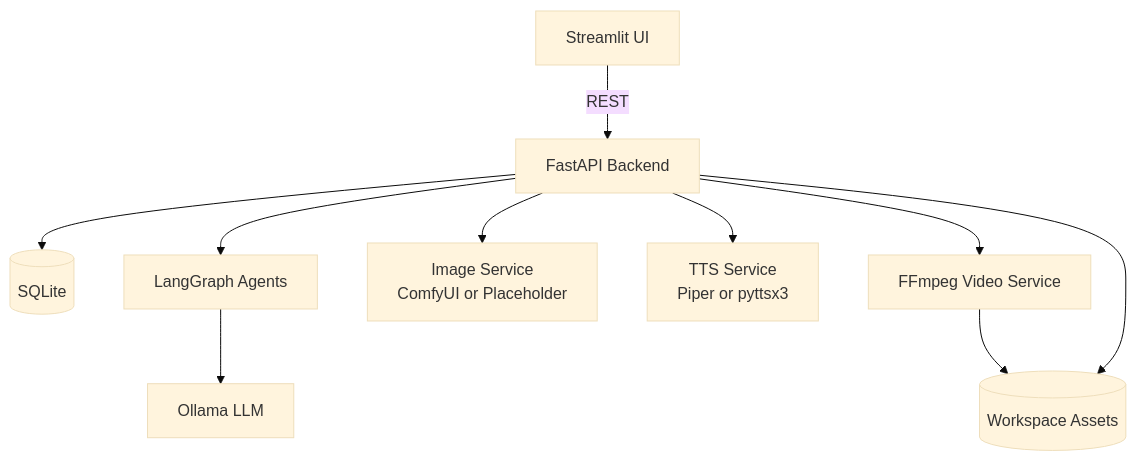
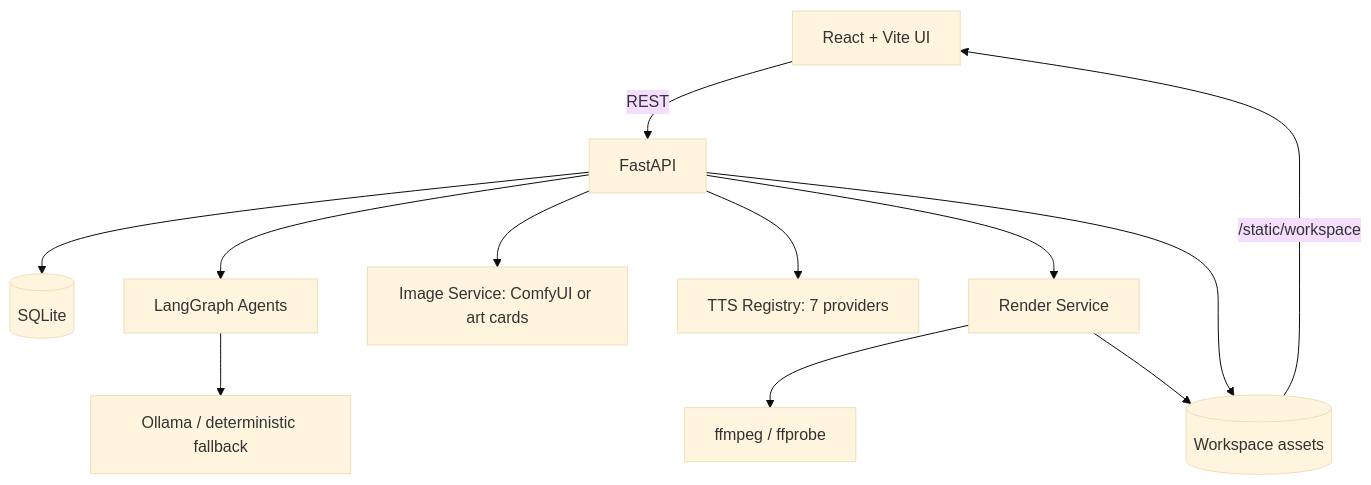
One commit to rameshjella/VidCreatorIQ changed the first of 2 diagrams in docs/architecture.md. Above: the diagram before and after it, drawn with Mermaid (base theme). The commit also changed other lines of this file and 13 other files, not shown here.

````diff
--- a/docs/architecture.md
+++ b/docs/architecture.md
@@ -5,12 +9,14 @@
 ```mermaid
 graph TD
-    U[Streamlit UI] -->|REST| A[FastAPI Backend]
-    A --> D[(SQLite)]
-    A --> G[LangGraph Agents]
-    G --> O[Ollama LLM]
-    A --> I[Image Service\nComfyUI or Placeholder]
-    A --> T[TTS Service\nPiper or pyttsx3]
-    A --> F[FFmpeg Video Service]
-    F --> W[(Workspace Assets)]
-    A --> W
+    UI[React + Vite UI] -->|REST| API[FastAPI]
+    API --> DB[(SQLite)]
+    API --> AG[LangGraph Agents]
+    AG --> LLM[Ollama / deterministic fallback]
+    API --> IMG[Image Service: ComfyUI or art cards]
+    API --> TTS[TTS Registry: 7 providers]
+    API --> RND[Render Service]
+    RND --> FF[ffmpeg / ffprobe]
+    RND --> WS[(Workspace assets)]
+    API --> WS
+    WS -->|/static/workspace| UI
 ```
````
